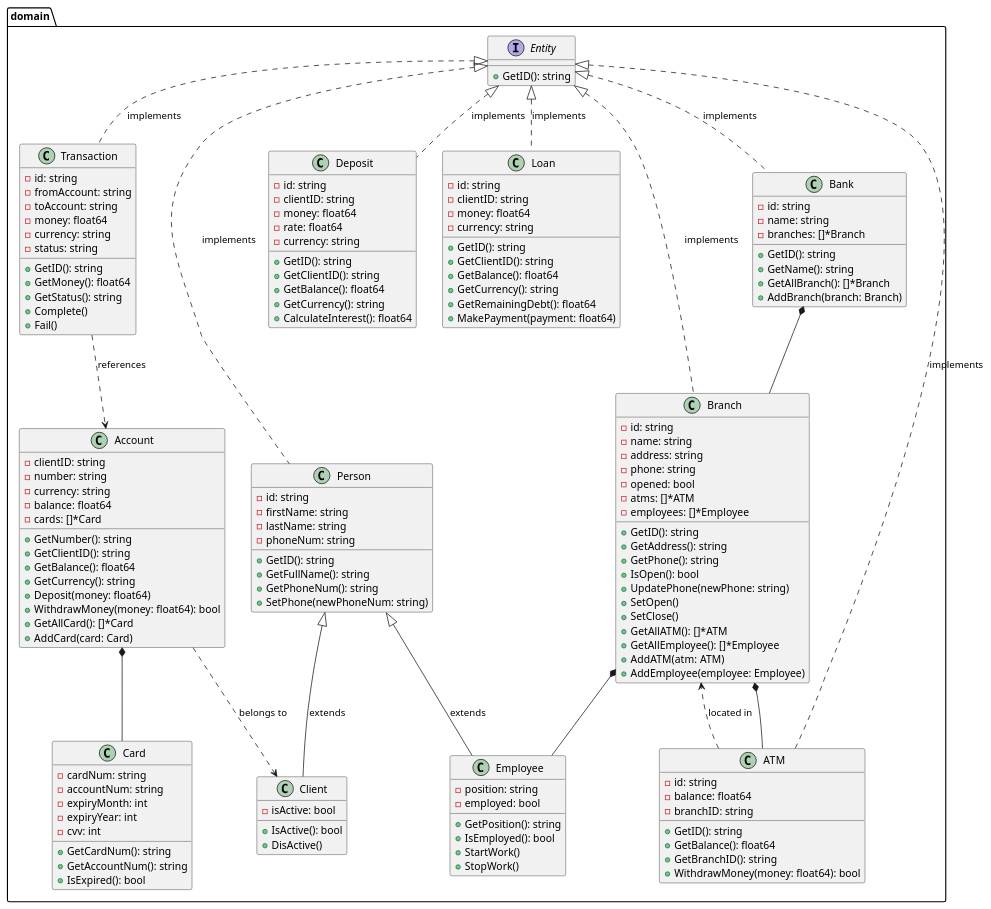
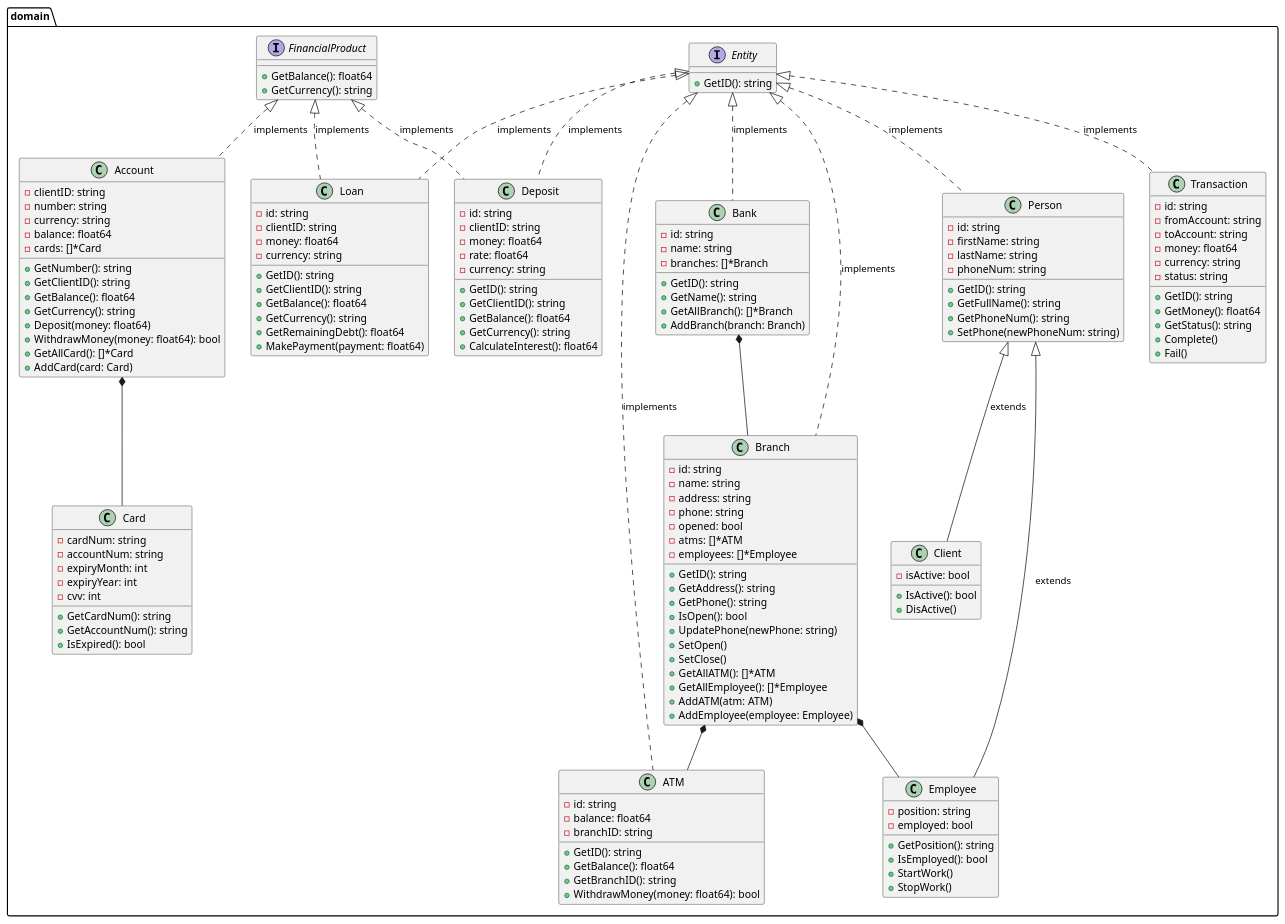
The diagram in lab2/ClassDiagram.puml (mak7eim/oop-bsuir-2025), drawn with PlantUML before and after one commit. The commit also changed 5 other files, not shown here.

Commit message:
update: add new methods and update class diagram

```diff
--- a/lab2/ClassDiagram.puml
+++ b/lab2/ClassDiagram.puml
@@ -1,164 +1,170 @@
 @startuml hkjkhk
 
 package domain {
 
     interface Entity {
         +GetID(): string
+    }
+
+    interface FinancialProduct {
+        +GetBalance(): float64
+        +GetCurrency(): string
     }
     
     class Person {
         -id: string
         -firstName: string
         -lastName: string
         -phoneNum: string
         +GetID(): string
         +GetFullName(): string
         +GetPhoneNum(): string
         +SetPhone(newPhoneNum: string)
     }
     
     class Client {
         -isActive: bool
         +IsActive(): bool
         +DisActive()
     }
     
     class Employee {
         -position: string
         -employed: bool
         +GetPosition(): string
         +IsEmployed(): bool
         +StartWork()
         +StopWork()
     }
     
     class Account {
         -clientID: string
         -number: string
         -currency: string
         -balance: float64
         -cards: []*Card
         +GetNumber(): string
         +GetClientID(): string
         +GetBalance(): float64
         +GetCurrency(): string
         +Deposit(money: float64)
         +WithdrawMoney(money: float64): bool
         +GetAllCard(): []*Card
         +AddCard(card: Card)
     }
     
     class Card {
         -cardNum: string
         -accountNum: string
         -expiryMonth: int
         -expiryYear: int
         -cvv: int
         +GetCardNum(): string
         +GetAccountNum(): string
         +IsExpired(): bool
     }
     
     class Transaction {
         -id: string
         -fromAccount: string
         -toAccount: string
         -money: float64
         -currency: string
         -status: string
         +GetID(): string
         +GetMoney(): float64
         +GetStatus(): string
         +Complete()
         +Fail()
     }
     
     class Deposit {
         -id: string
         -clientID: string
         -money: float64
         -rate: float64
         -currency: string
         +GetID(): string
         +GetClientID(): string
         +GetBalance(): float64
         +GetCurrency(): string
         +CalculateInterest(): float64
     }
     
     class Loan {
         -id: string
         -clientID: string
         -money: float64
         -currency: string
         +GetID(): string
         +GetClientID(): string
         +GetBalance(): float64
         +GetCurrency(): string
         +GetRemainingDebt(): float64
         +MakePayment(payment: float64)
     }
     
     class Bank {
         -id: string
         -name: string
         -branches: []*Branch
         +GetID(): string
         +GetName(): string
         +GetAllBranch(): []*Branch
         +AddBranch(branch: Branch)
     }
     
     class Branch {
         -id: string
         -name: string
         -address: string
         -phone: string
         -opened: bool
         -atms: []*ATM
         -employees: []*Employee
         +GetID(): string
         +GetAddress(): string
         +GetPhone(): string
         +IsOpen(): bool
         +UpdatePhone(newPhone: string)
         +SetOpen()
         +SetClose()
         +GetAllATM(): []*ATM
         +GetAllEmployee(): []*Employee
         +AddATM(atm: ATM)
         +AddEmployee(employee: Employee)
     }
     
     class ATM {
         -id: string
         -balance: float64
         -branchID: string
         +GetID(): string
         +GetBalance(): float64
         +GetBranchID(): string
         +WithdrawMoney(money: float64): bool
     }
     
     Person <|-- Client : extends
     Person <|-- Employee : extends
     
     Entity <|.. Person : implements
     Entity <|.. Branch : implements
     Entity <|.. Bank : implements
     Entity <|.. ATM : implements
     Entity <|.. Transaction : implements
     Entity <|.. Deposit : implements
     Entity <|.. Loan : implements
+
+    FinancialProduct <|.. Account : implements
+    FinancialProduct <|.. Loan : implements
+    FinancialProduct <|.. Deposit : implements
+
     
     Bank *-- Branch 
     Branch *-- ATM 
     Branch *-- Employee 
     Account *-- Card 
-    
-    Transaction ..> Account : references
-    Account ..> Client : belongs to
-    ATM ..> Branch : located in
 }
 
 @enduml
```
